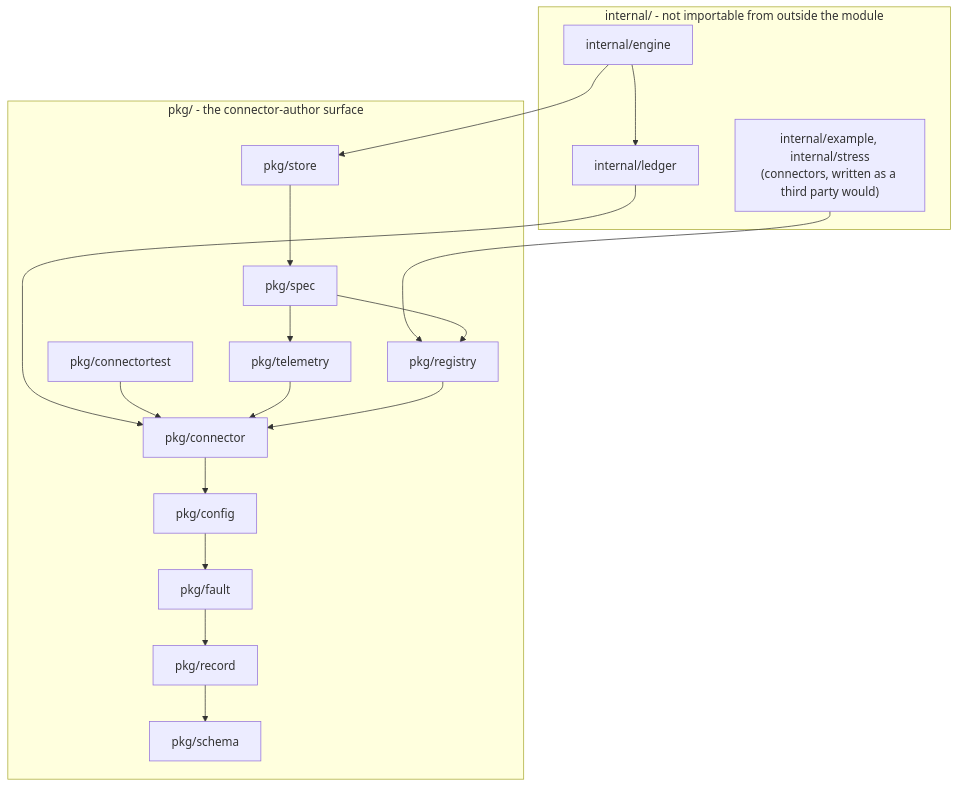
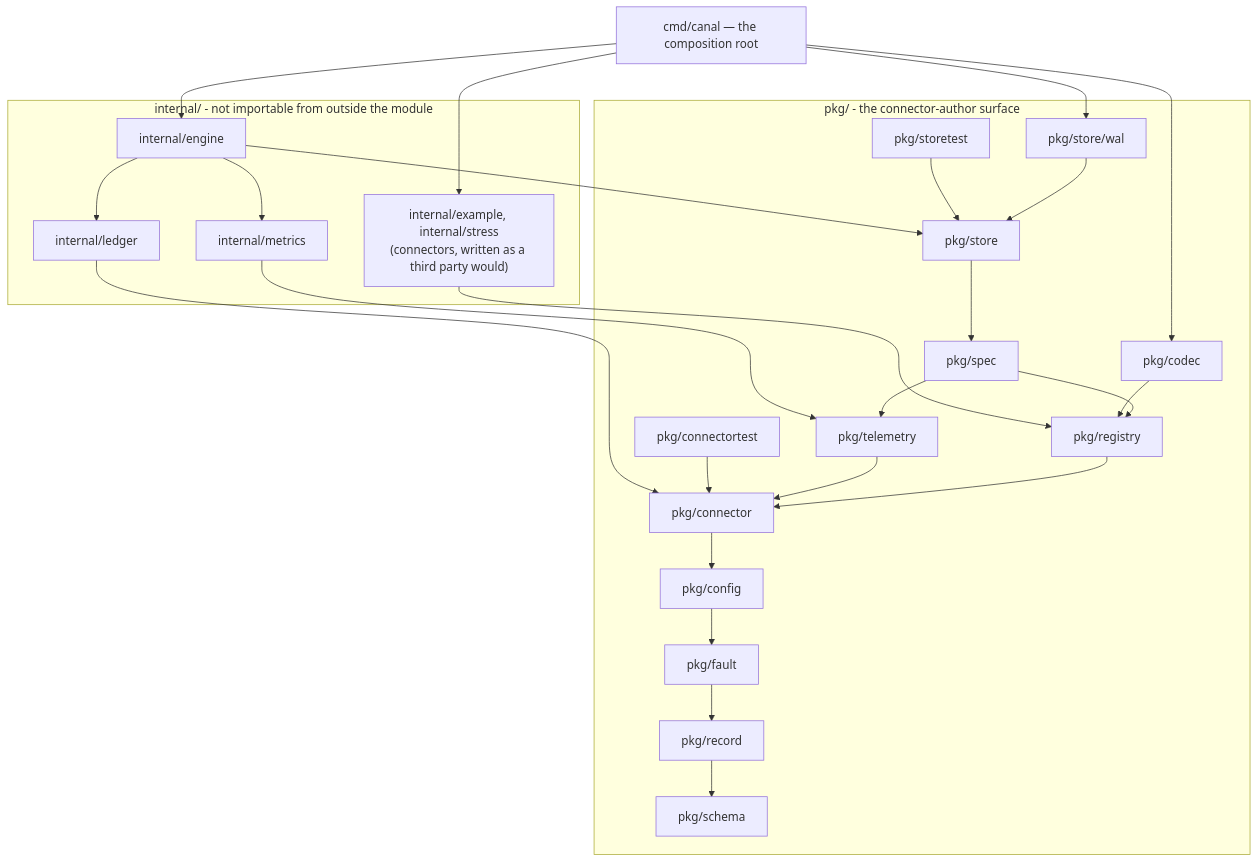
Before and after one commit to BernardoCSACarreira/canal: the third of 3 diagrams in README.md, drawn with Mermaid. The commit also changed other lines of this file and 1 other file, not shown here.

````diff
--- a/README.md
+++ b/README.md
@@ -167,36 +172,51 @@
 ```mermaid
 flowchart TB
+    CANAL["cmd/canal — the composition root"]
+
     subgraph INT["internal/ - not importable from outside the module"]
         ENGINE["internal/engine"]
         LEDGER["internal/ledger"]
+        METRICS["internal/metrics"]
         CONNS["internal/example, internal/stress<br>(connectors, written as a third party would)"]
     end
 
     subgraph PKG["pkg/ - the connector-author surface"]
         CTEST["pkg/connectortest"]
+        STEST["pkg/storetest"]
+        WAL["pkg/store/wal"]
+        CODEC["pkg/codec"]
         STORE["pkg/store"]
         SPEC["pkg/spec"]
         TELEM["pkg/telemetry"]
         REG["pkg/registry"]
         CONN["pkg/connector"]
         CFG["pkg/config"]
         FAULT["pkg/fault"]
         REC["pkg/record"]
         SCH["pkg/schema"]
     end
 
+    CANAL --> ENGINE
+    CANAL --> WAL
+    CANAL --> CODEC
+    CANAL --> CONNS
     ENGINE --> STORE
     ENGINE --> LEDGER
+    ENGINE --> METRICS
     LEDGER --> CONN
+    METRICS --> TELEM
     CONNS --> REG
     CTEST --> CONN
+    STEST --> STORE
+    WAL --> STORE
+    CODEC --> REG
     STORE --> SPEC
     SPEC --> REG
     SPEC --> TELEM
     TELEM --> CONN
     REG --> CONN
     CONN --> CFG
     CFG --> FAULT
     FAULT --> REC
     REC --> SCH
 ```
````
